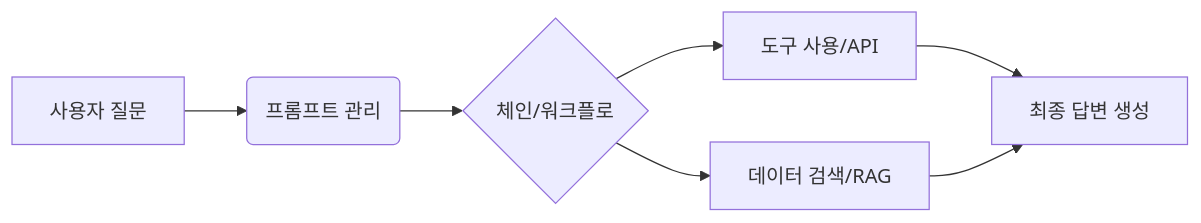
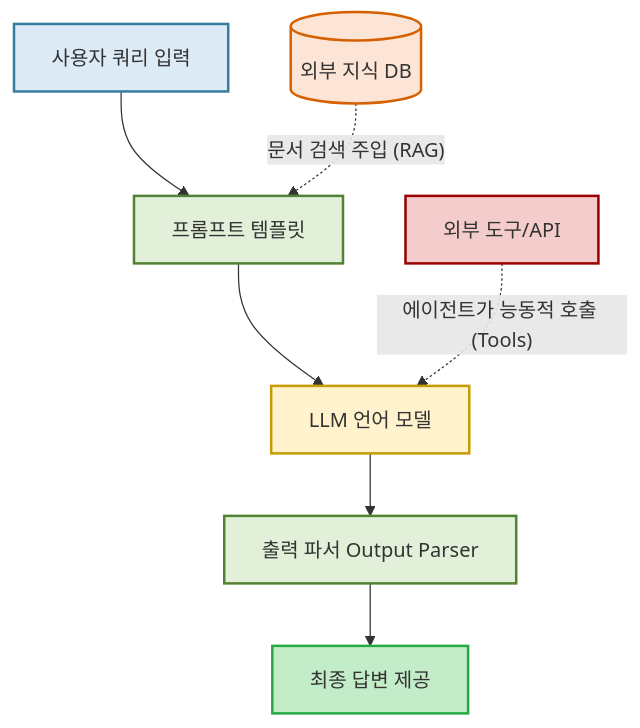
Before and after one commit to postforty/kor-it-langchain-class: the diagram in ch01/sec01/05_langchain.md, drawn with Mermaid. The commit also changed other lines of this file and 5 other files, not shown here.

First line of the commit message:
docs: 생성형 AI 및 에이전트 핵심 이론 교안 기술 오류 수정 및 다이어그램 고도화

````diff
--- a/ch01/sec01/05_langchain.md
+++ b/ch01/sec01/05_langchain.md
@@ -13,9 +13,18 @@
 ```mermaid
-graph LR
-    A[사용자 질문] --> B(프롬프트 관리)
-    B --> C{체인/워크플로}
-    C --> D[도구 사용/API]
-    C --> E[데이터 검색/RAG]
-    D --> F[최종 답변 생성]
-    E --> F
+graph TD
+    A[사용자 쿼리 입력] --> B[프롬프트 템플릿]
+    B --> C[LLM 언어 모델]
+    C --> D[출력 파서 Output Parser]
+    D --> E[최종 답변 제공]
+
+    F[(외부 지식 DB)] -. "문서 검색 주입 (RAG)" .-> B
+    G[외부 도구/API] -. "에이전트가 능동적 호출 (Tools)" .-> C
+
+    style A fill:#DDEBF7,stroke:#367C9D,stroke-width:2px
+    style B fill:#E2F0D9,stroke:#548235,stroke-width:2px
+    style C fill:#FFF2CC,stroke:#C69C00,stroke-width:2px
+    style D fill:#E2F0D9,stroke:#548235,stroke-width:2px
+    style E fill:#C3EDC8,stroke:#28A745,stroke-width:2px
+    style F fill:#FCE4D6,stroke:#D66000,stroke-width:2px
+    style G fill:#F4CCCC,stroke:#990000,stroke-width:2px
 ```
````
